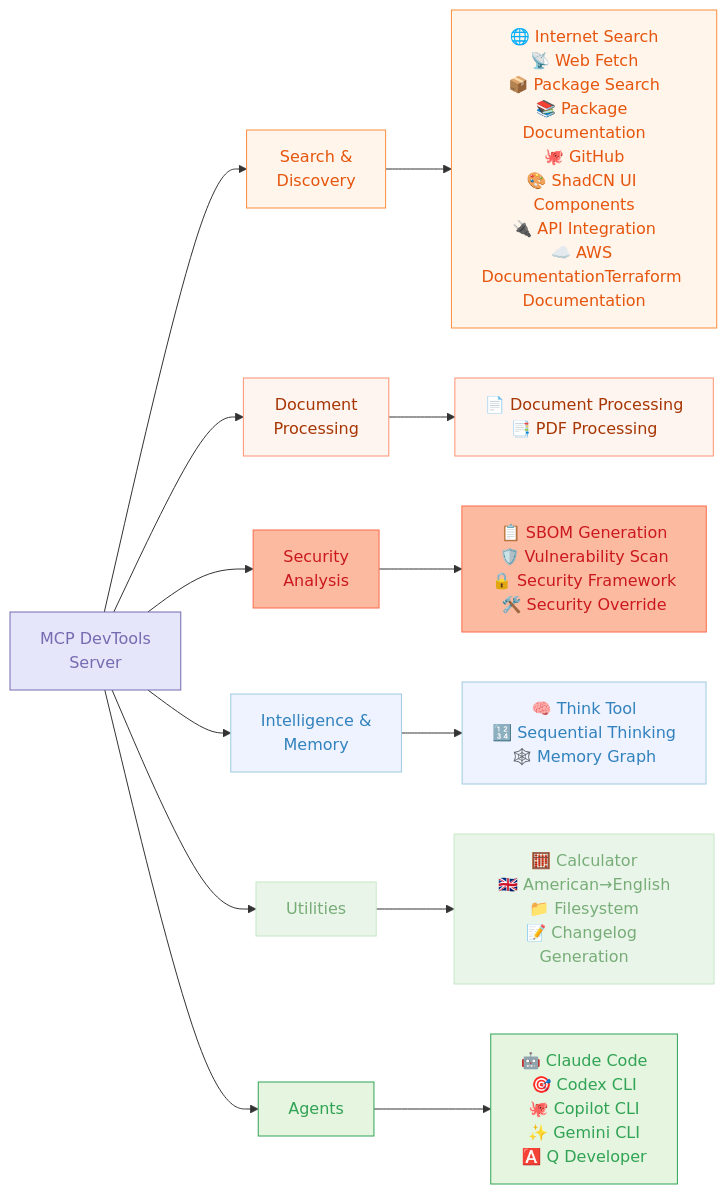
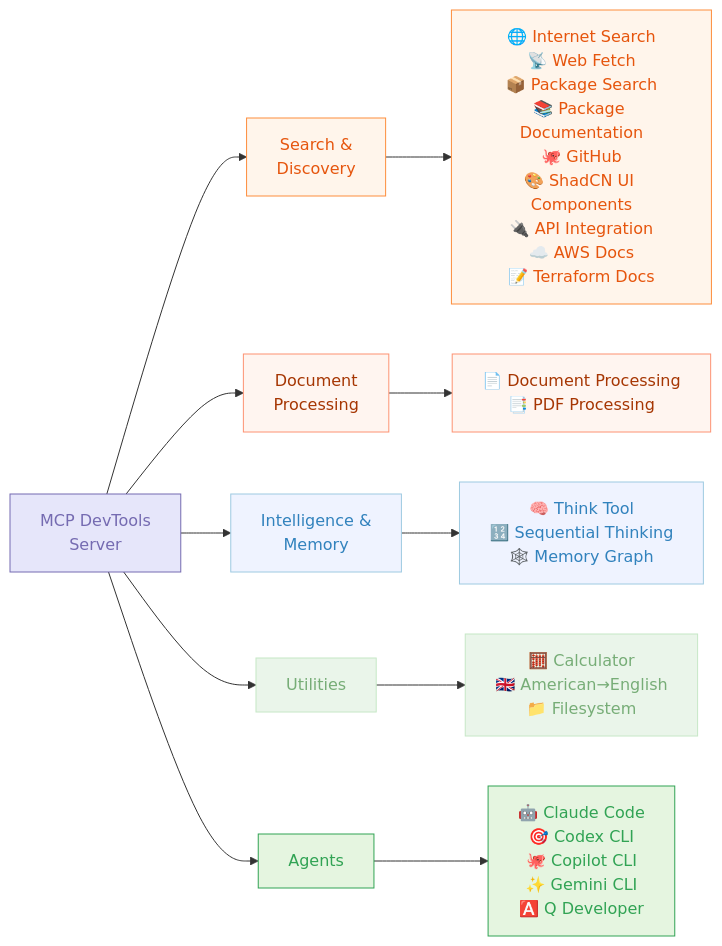
Before and after one commit to sammcj/mcp-devtools: the diagram in README.md, drawn with Mermaid. The commit also changed other lines of this file and 20 other files, not shown here.

Commit message:
refactor: remove sbom, vulnerability scan & changelog tools

````diff
--- a/README.md
+++ b/README.md
@@ -5,42 +5,39 @@
 ```mermaid
 graph LR
     A[MCP DevTools<br>Server]
 
     A --> B[Search &<br>Discovery]
     A --> C[Document<br>Processing]
-    A --> D[Security<br>Analysis]
     A --> E[Intelligence &<br>Memory]
     A --> F[Utilities]
     A --> G[Agents]
 
-    B --> B_Tools[🌐 Internet Search<br>📡 Web Fetch<br>📦 Package Search<br>📚 Package Documentation<br>🐙 GitHub<br>🎨 ShadCN UI Components<br>🔌 API Integration<br>☁️ AWS Documentation<br📝>Terraform Documentation]
+    B --> B_Tools[🌐 Internet Search<br>📡 Web Fetch<br>📦 Package Search<br>📚 Package Documentation<br>🐙 GitHub<br>🎨 ShadCN UI Components<br>🔌 API Integration<br>☁️ AWS Docs<br>📝 Terraform Docs]
 
     C --> C_Tools[📄 Document Processing<br>📑 PDF Processing]
 
-    D --> D_Tools[📋 SBOM Generation<br>🛡️ Vulnerability Scan<br>🔒 Security Framework<br>🛠️ Security Override]
-
     E --> E_Tools[🧠 Think Tool<br>🔢 Sequential Thinking<br>🕸️ Memory Graph]
 
-    F --> F_Tools[🧮 Calculator<br>🇬🇧 American→English<br>📁 Filesystem<br>📝 Changelog Generation]
+    F --> F_Tools[🧮 Calculator<br>🇬🇧 American→English<br>📁 Filesystem]
 
     G --> G_Tools[🤖 Claude Code<br>🎯 Codex CLI<br>🐙 Copilot CLI<br>✨ Gemini CLI<br>🅰️ Q Developer]
 
     classDef inputOutput fill:#FEE0D2,stroke:#E6550D,color:#E6550D
     classDef llm fill:#E5F5E0,stroke:#31A354,color:#31A354
     classDef components fill:#E6E6FA,stroke:#756BB1,color:#756BB1
     classDef process fill:#EAF5EA,stroke:#C6E7C6,color:#77AD77
     classDef stop fill:#E5E1F2,stroke:#C7C0DE,color:#8471BF
     classDef data fill:#EFF3FF,stroke:#9ECAE1,color:#3182BD
     classDef decision fill:#FFF5EB,stroke:#FD8D3C,color:#E6550D
     classDef storage fill:#F2F0F7,stroke:#BCBDDC,color:#756BB1
     classDef api fill:#FFF5F0,stroke:#FD9272,color:#A63603
     classDef error fill:#FCBBA1,stroke:#FB6A4A,color:#CB181D
 
     class A components
     class B,B_Tools decision
     class C,C_Tools api
     class D,D_Tools error
     class E,E_Tools data
     class F,F_Tools process
     class G,G_Tools llm
 ```
````
